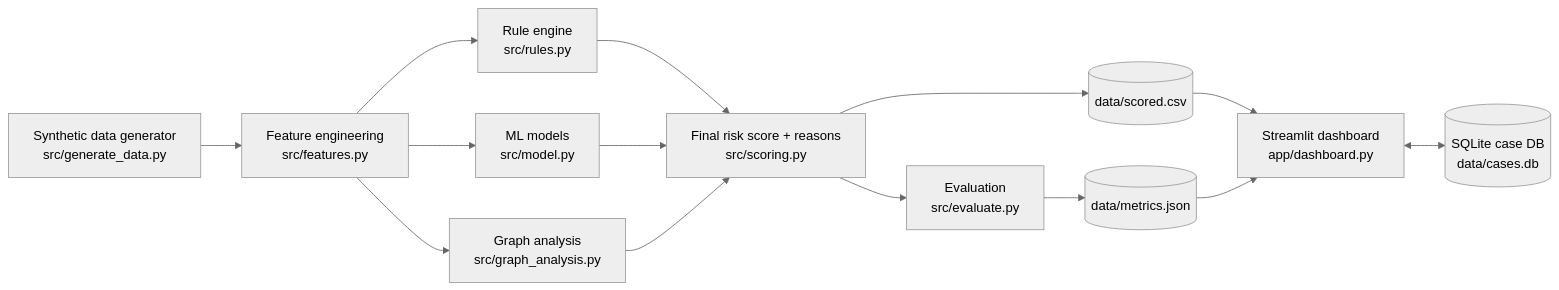
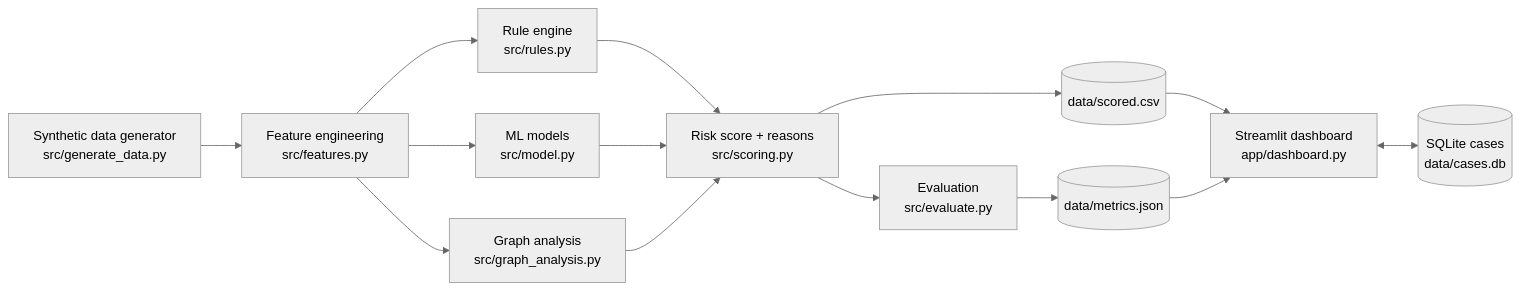
The diagram in README.md (Pranoy13/upi-sentinel), drawn with Mermaid (neutral theme) before and after one commit. The commit also changed other lines of this file, not shown here.

````diff
--- a/README.md
+++ b/README.md
@@ -52,16 +57,16 @@
 ```mermaid
 flowchart LR
     A[Synthetic data generator<br/>src/generate_data.py] --> B[Feature engineering<br/>src/features.py]
     B --> C1[Rule engine<br/>src/rules.py]
     B --> C2[ML models<br/>src/model.py]
     B --> C3[Graph analysis<br/>src/graph_analysis.py]
-    C1 --> D[Final risk score + reasons<br/>src/scoring.py]
+    C1 --> D[Risk score + reasons<br/>src/scoring.py]
     C2 --> D
     C3 --> D
     D --> E[(data/scored.csv)]
     E --> F[Streamlit dashboard<br/>app/dashboard.py]
     D --> G[Evaluation<br/>src/evaluate.py]
     G --> H[(data/metrics.json)]
     H --> F
-    F <--> I[(SQLite case DB<br/>data/cases.db)]
+    F <--> I[(SQLite cases<br/>data/cases.db)]
 ```
````
